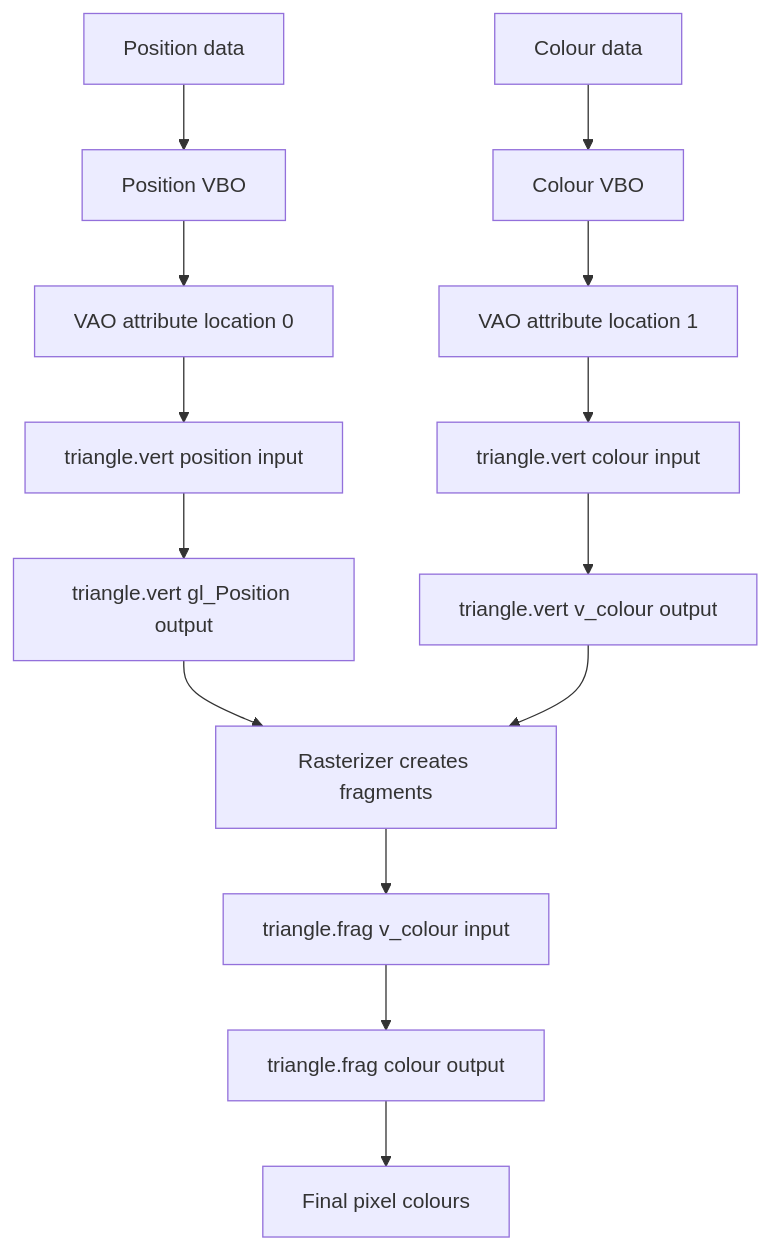
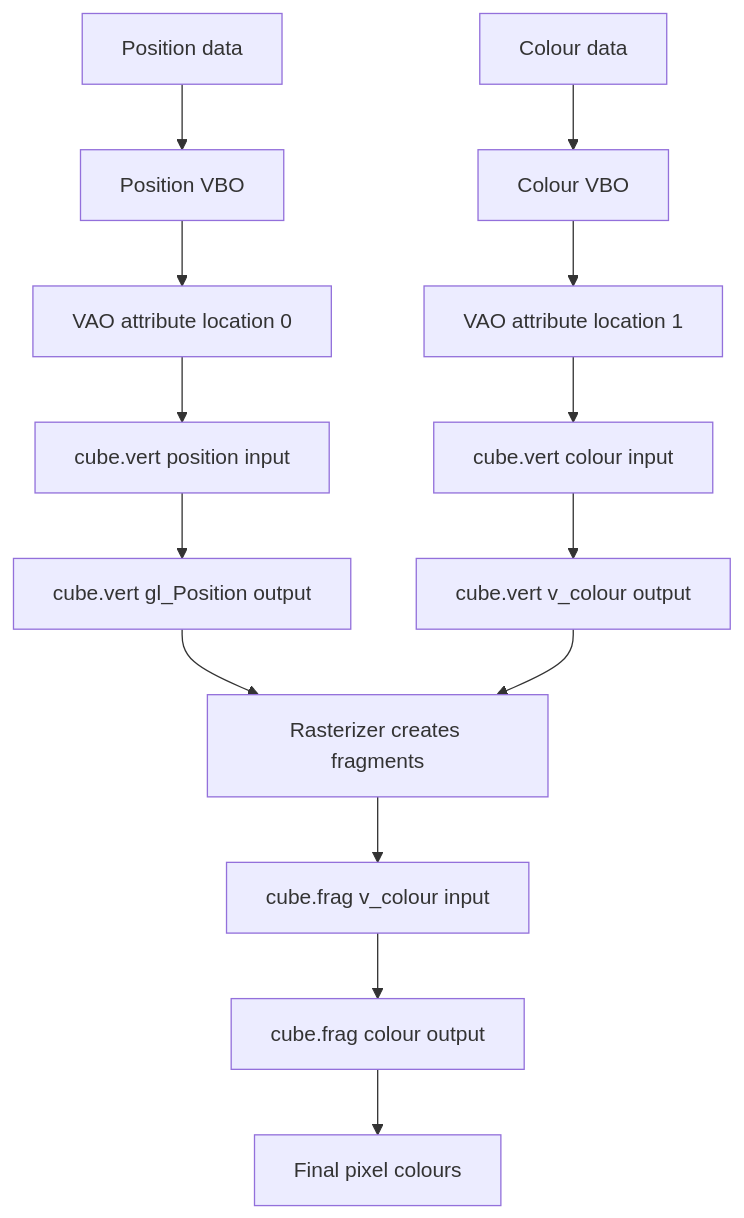
One commit to daryloye/42_humangl changed the diagram in README.md. Above: the diagram before and after it, drawn with Mermaid. The commit also changed 9 other files, not shown here.

````diff
--- a/README.md
+++ b/README.md
@@ -16,16 +16,16 @@
 ```mermaid
 flowchart TD
     A[Position data] --> B[Position VBO]
     C[Colour data] --> D[Colour VBO]
     B --> E[VAO attribute location 0]
     D --> F[VAO attribute location 1]
-    E --> G[triangle.vert position input]
-    F --> H[triangle.vert colour input]
-    H --> I[triangle.vert v_colour output]
-    G --> J[triangle.vert gl_Position output]
+    E --> G[cube.vert position input]
+    F --> H[cube.vert colour input]
+    H --> I[cube.vert v_colour output]
+    G --> J[cube.vert gl_Position output]
     J --> K[Rasterizer creates fragments]
     I --> K
-    K --> L[triangle.frag v_colour input]
-    L --> M[triangle.frag colour output]
+    K --> L[cube.frag v_colour input]
+    L --> M[cube.frag colour output]
     M --> N[Final pixel colours]
 ```
````
